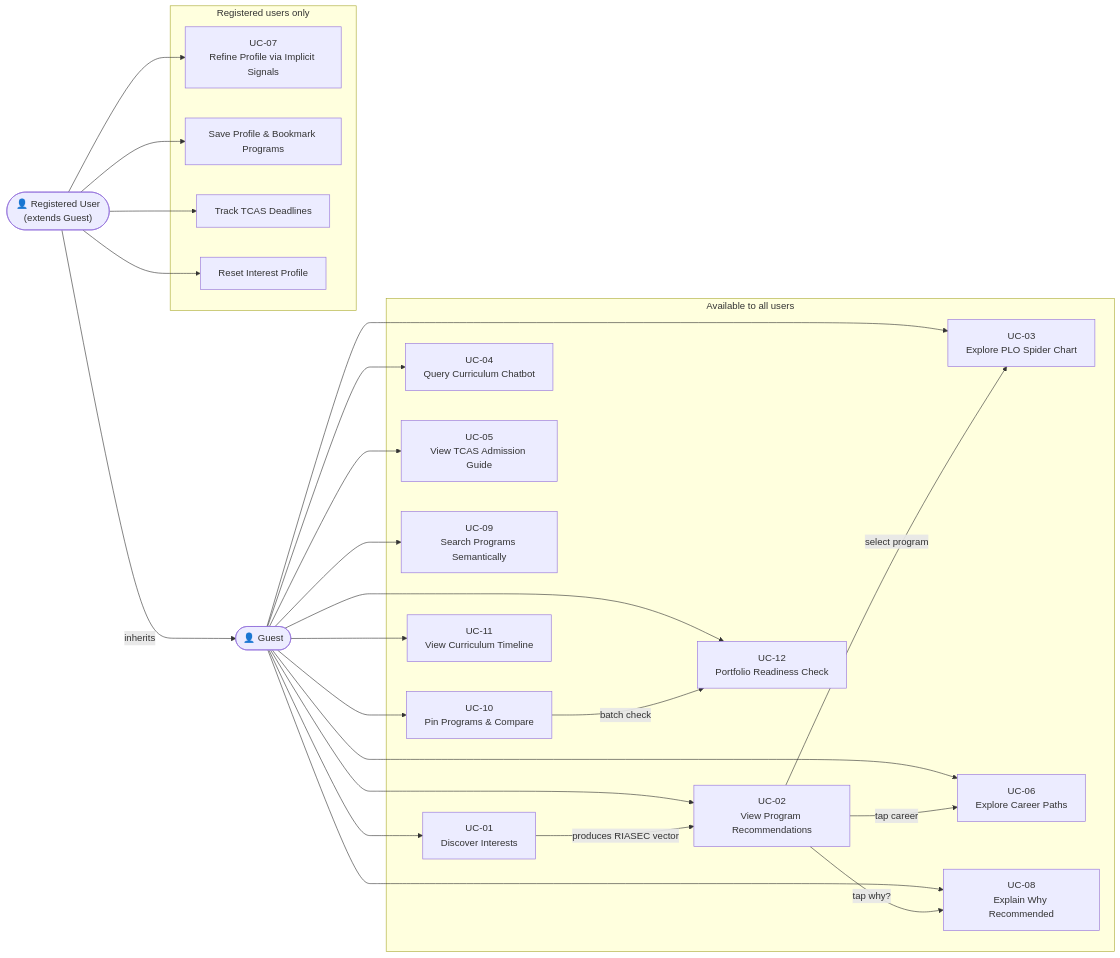
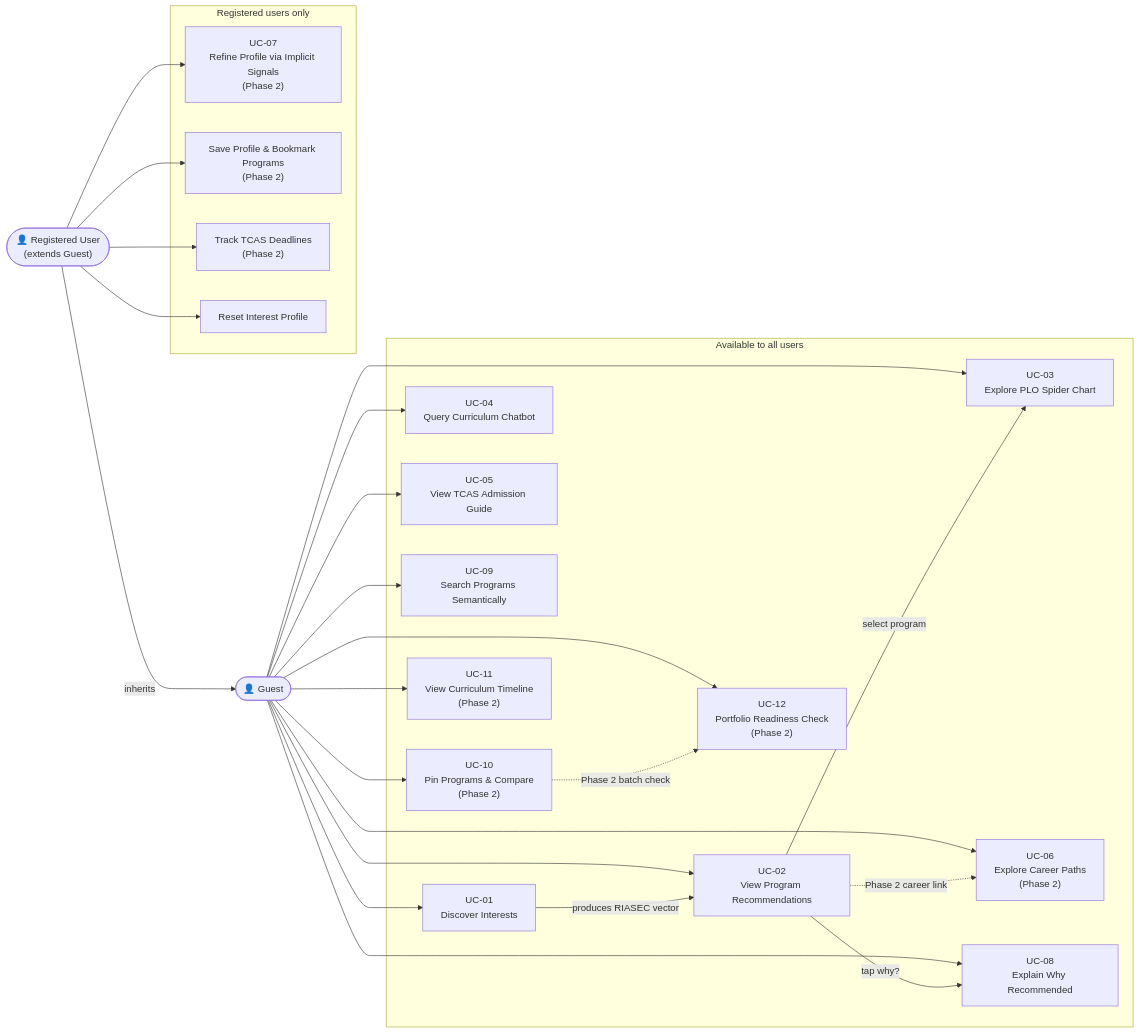
The second of 7 diagrams in DIAGRAMS.md (tarothanawat/SRS-KUru), drawn with Mermaid before and after one commit. The commit also changed other lines of this file and 29 other files, not shown here.

````diff
--- a/DIAGRAMS.md
+++ b/DIAGRAMS.md
@@ -72,50 +76,50 @@
 ```mermaid
 flowchart LR
     GUEST(["👤 Guest"])
     RUSER(["👤 Registered User<br/>(extends Guest)"])
 
     subgraph GUEST_UC["Available to all users"]
         UC01["UC-01<br/>Discover Interests"]
         UC02["UC-02<br/>View Program Recommendations"]
         UC03["UC-03<br/>Explore PLO Spider Chart"]
         UC04["UC-04<br/>Query Curriculum Chatbot"]
         UC05["UC-05<br/>View TCAS Admission Guide"]
-        UC06["UC-06<br/>Explore Career Paths"]
+        UC06["UC-06<br/>Explore Career Paths<br/>(Phase 2)"]
         UC08["UC-08<br/>Explain Why Recommended"]
         UC09["UC-09<br/>Search Programs Semantically"]
-        UC10["UC-10<br/>Pin Programs & Compare"]
-        UC11["UC-11<br/>View Curriculum Timeline"]
-        UC12["UC-12<br/>Portfolio Readiness Check"]
+        UC10["UC-10<br/>Pin Programs & Compare<br/>(Phase 2)"]
+        UC11["UC-11<br/>View Curriculum Timeline<br/>(Phase 2)"]
+        UC12["UC-12<br/>Portfolio Readiness Check<br/>(Phase 2)"]
     end
 
     subgraph REG_UC["Registered users only"]
-        UC07["UC-07<br/>Refine Profile via Implicit Signals"]
-        DASH["Save Profile & Bookmark Programs"]
-        TRACK["Track TCAS Deadlines"]
+        UC07["UC-07<br/>Refine Profile via Implicit Signals<br/>(Phase 2)"]
+        DASH["Save Profile & Bookmark Programs<br/>(Phase 2)"]
+        TRACK["Track TCAS Deadlines<br/>(Phase 2)"]
         RESET["Reset Interest Profile"]
     end
 
     GUEST --> UC01
     GUEST --> UC02
     GUEST --> UC03
     GUEST --> UC04
     GUEST --> UC05
     GUEST --> UC06
     GUEST --> UC08
     GUEST --> UC09
     GUEST --> UC10
     GUEST --> UC11
     GUEST --> UC12
 
     RUSER -->|inherits| GUEST
     RUSER --> UC07
     RUSER --> DASH
     RUSER --> TRACK
     RUSER --> RESET
 
     UC01 -->|"produces RIASEC vector"| UC02
     UC02 -->|"select program"| UC03
-    UC02 -->|"tap career"| UC06
+    UC02 -.->|"Phase 2 career link"| UC06
     UC02 -->|"tap why?"| UC08
-    UC10 -->|"batch check"| UC12
+    UC10 -.->|"Phase 2 batch check"| UC12
 ```
````
